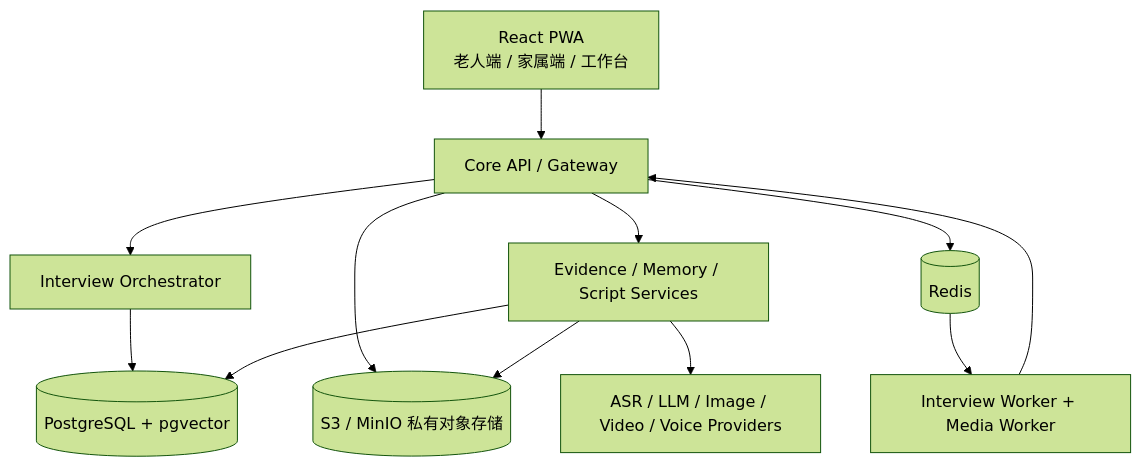
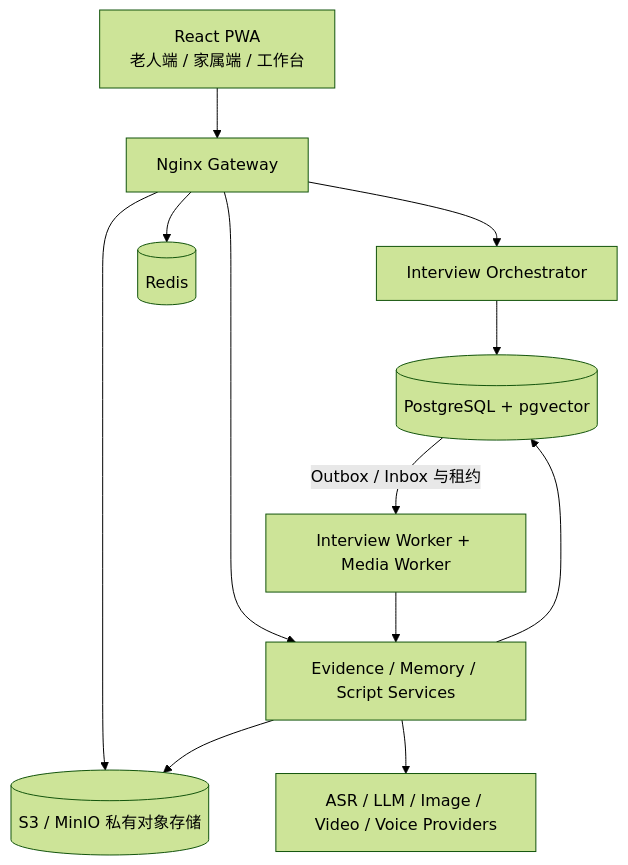
The first of 2 diagrams in docs/architecture.md (yuyuyu501/LifeReel-Biography), drawn with Mermaid (forest theme) before and after one commit. The commit also changed other lines of this file and 241 other files, not shown here.

````diff
--- a/docs/architecture.md
+++ b/docs/architecture.md
@@ -7,24 +11,24 @@
 ```mermaid
 flowchart TB
     WEB[React PWA\n老人端 / 家属端 / 工作台]
-    API[Core API / Gateway]
+    API[Nginx Gateway]
     ORCHESTRATOR[Interview Orchestrator]
     SERVICES[Evidence / Memory / Script Services]
     WORKER[Interview Worker + Media Worker]
     PG[(PostgreSQL + pgvector)]
     REDIS[(Redis)]
     S3[(S3 / MinIO 私有对象存储)]
     PROVIDERS[ASR / LLM / Image / Video / Voice Providers]
 
     WEB --> API
     API --> ORCHESTRATOR
     API --> SERVICES
     ORCHESTRATOR --> PG
     SERVICES --> PG
     API --> S3
     API --> REDIS
-    REDIS --> WORKER
-    WORKER --> API
+    PG -->|Outbox / Inbox 与租约| WORKER
+    WORKER --> SERVICES
     SERVICES --> S3
     SERVICES --> PROVIDERS
 ```
````
